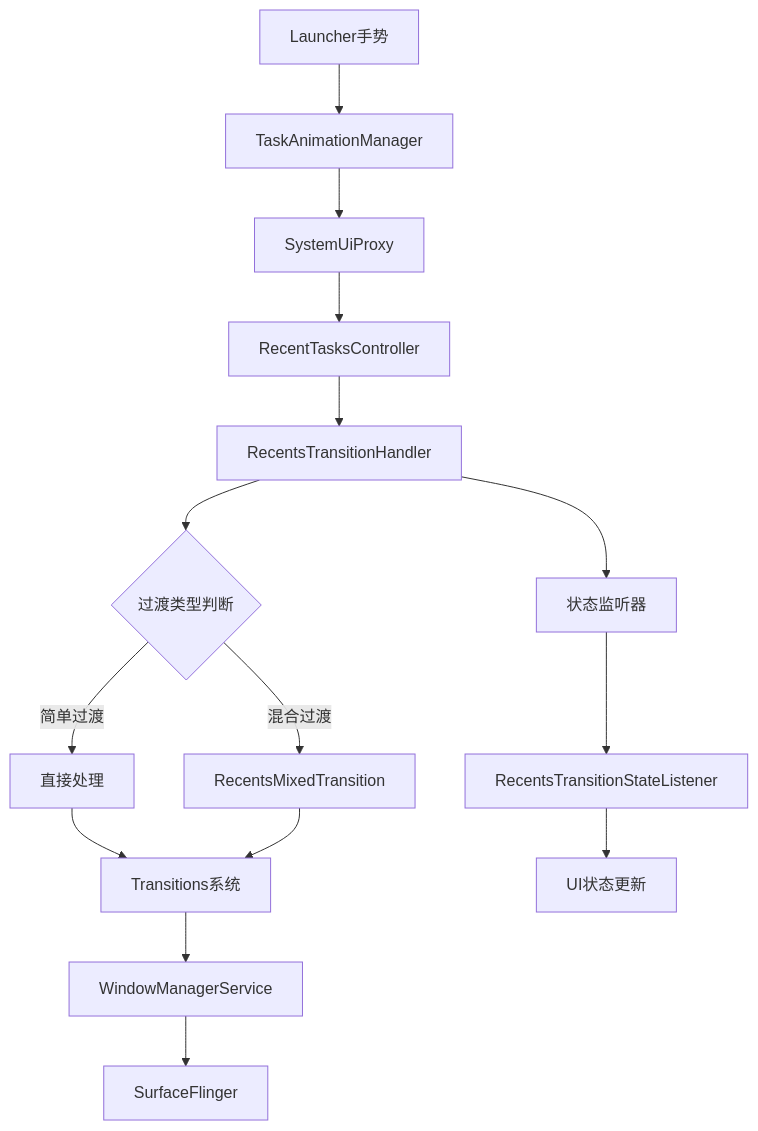
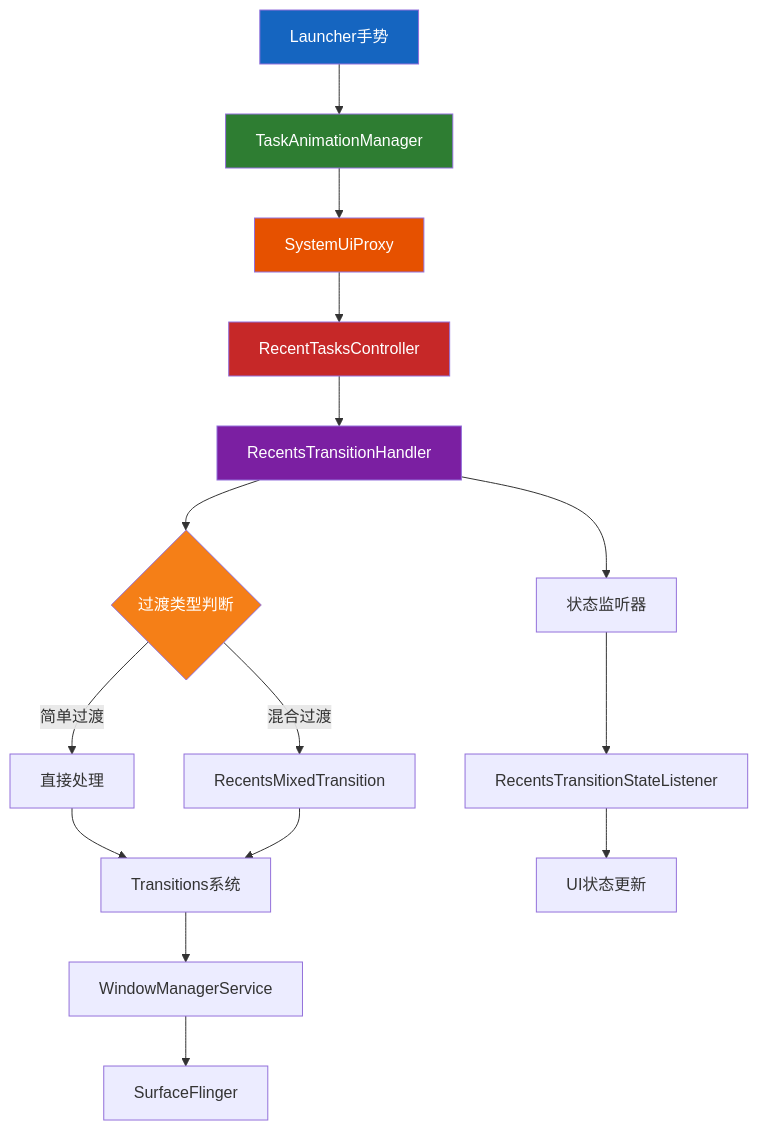
The first of 4 diagrams in docs/Recent.md (yuchuangu85/AOSP_Frameworks), drawn with Mermaid before and after one commit. The commit also changed other lines of this file and 11 other files, not shown here.

````diff
--- a/docs/Recent.md
+++ b/docs/Recent.md
@@ -112,18 +336,25 @@
 ```mermaid
 graph TB
+    style A fill:#1565c0,color:#fff
+    style B fill:#2e7d32,color:#fff
+    style C fill:#e65100,color:#fff
+    style D fill:#c62828,color:#fff
+    style E fill:#7b1fa2,color:#fff
+    style F fill:#f57f17,color:#fff
+    
     A[Launcher手势] --> B[TaskAnimationManager]
     B --> C[SystemUiProxy]
     C --> D[RecentTasksController]
     D --> E[RecentsTransitionHandler]
     E --> F{过渡类型判断}
     F -->|简单过渡| G[直接处理]
     F -->|混合过渡| H[RecentsMixedTransition]
     G --> I[Transitions系统]
     H --> I
     I --> J[WindowManagerService]
     J --> K[SurfaceFlinger]
     
     E --> L[状态监听器]
     L --> M[RecentsTransitionStateListener]
     M --> N[UI状态更新]
 ```
````
